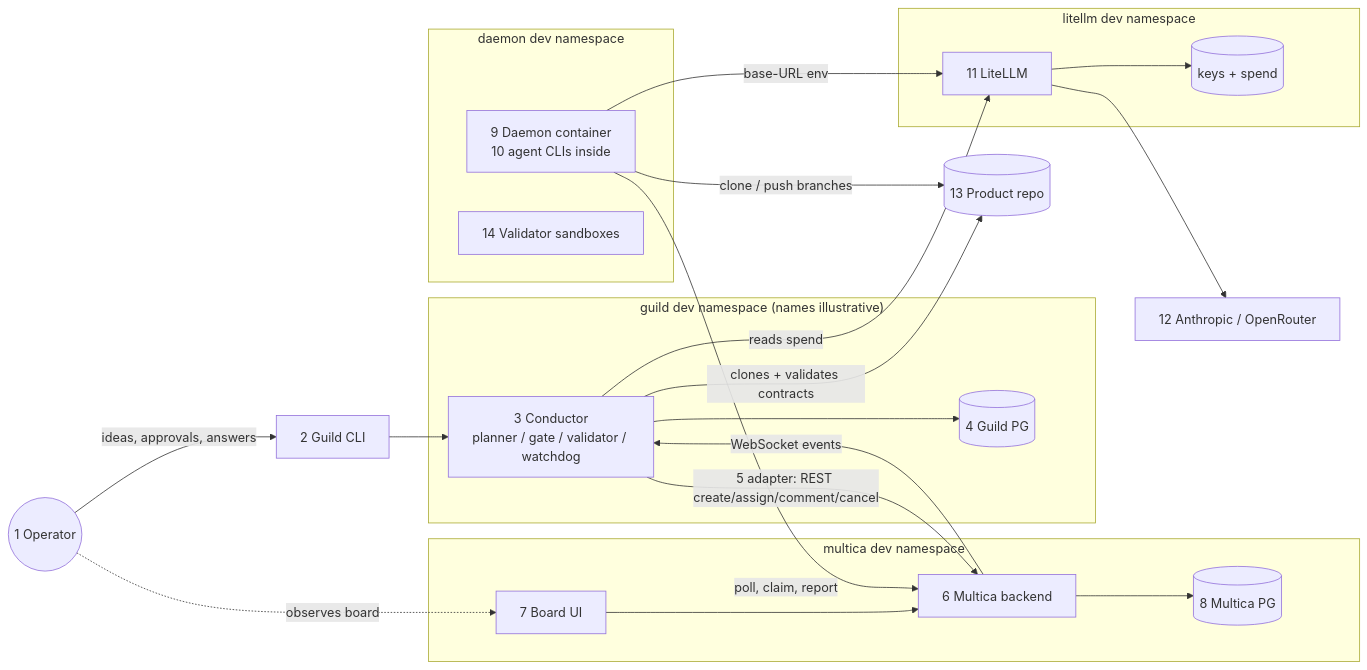
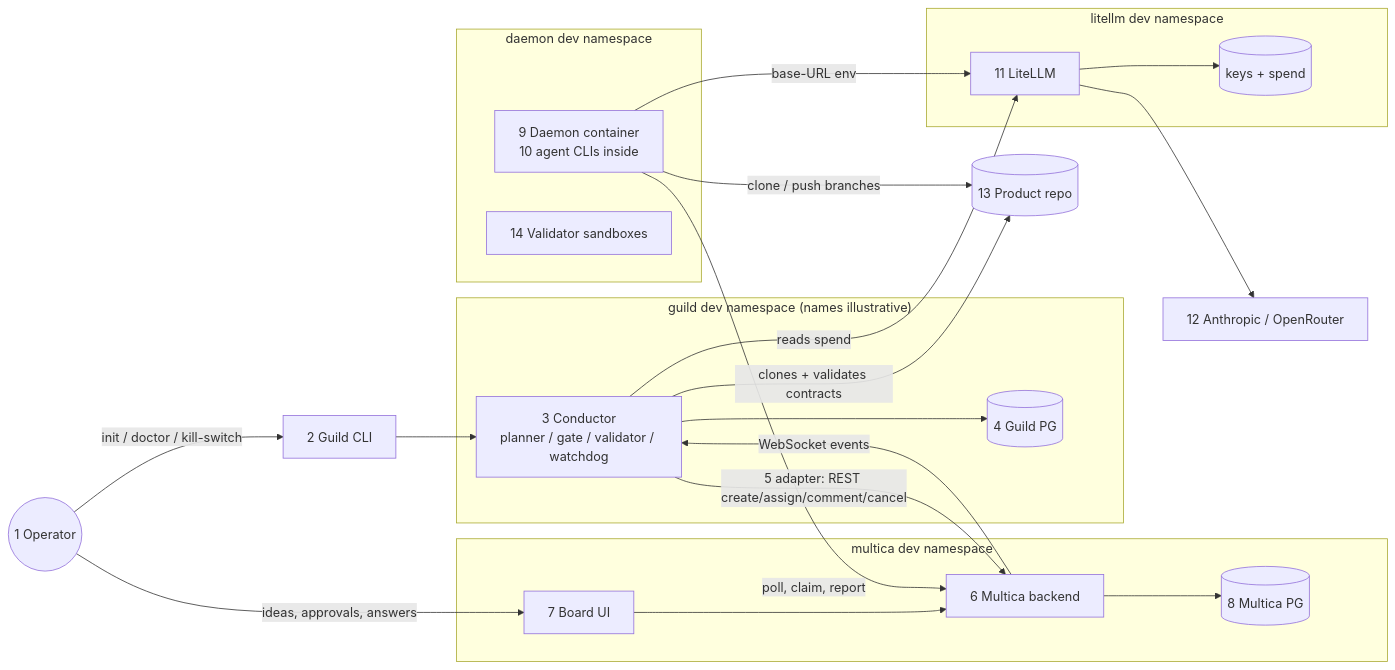
The first of 8 diagrams in docs/OVERVIEW.md (maacarbo/guild), drawn with Mermaid before and after one commit. The commit also changed other lines of this file and 6 other files, not shown here.

````diff
--- a/docs/OVERVIEW.md
+++ b/docs/OVERVIEW.md
@@ -26,37 +26,37 @@
 ```mermaid
 flowchart LR
     OP((1 Operator))
     CLI[2 Guild CLI]
     subgraph GD["guild dev namespace (names illustrative)"]
         COND[3 Conductor<br/>planner / gate / validator / watchdog]
         GPG[(4 Guild PG)]
     end
     subgraph MD["multica dev namespace"]
         BE[6 Multica backend]
         FE[7 Board UI]
         MPG[(8 Multica PG)]
     end
     subgraph DD["daemon dev namespace"]
         DM[9 Daemon container<br/>10 agent CLIs inside]
         VJ[14 Validator sandboxes]
     end
     subgraph LD["litellm dev namespace"]
         LLM[11 LiteLLM]
         LDB[(keys + spend)]
     end
     PROV[12 Anthropic / OpenRouter]
     REPO[(13 Product repo)]
 
-    OP -->|ideas, approvals, answers| CLI --> COND
-    OP -.->|observes board| FE --> BE
+    OP -->|init / doctor / kill-switch| CLI --> COND
+    OP -->|ideas, approvals, answers| FE --> BE
     COND --> GPG
     COND -->|5 adapter: REST create/assign/comment/cancel| BE
     BE -->|WebSocket events| COND
     BE --> MPG
     DM -->|poll, claim, report| BE
     DM -->|clone / push branches| REPO
     DM -->|base-URL env| LLM --> PROV
     LLM --> LDB
     COND -->|reads spend| LLM
     COND -->|clones + validates contracts| REPO
 ```
````
